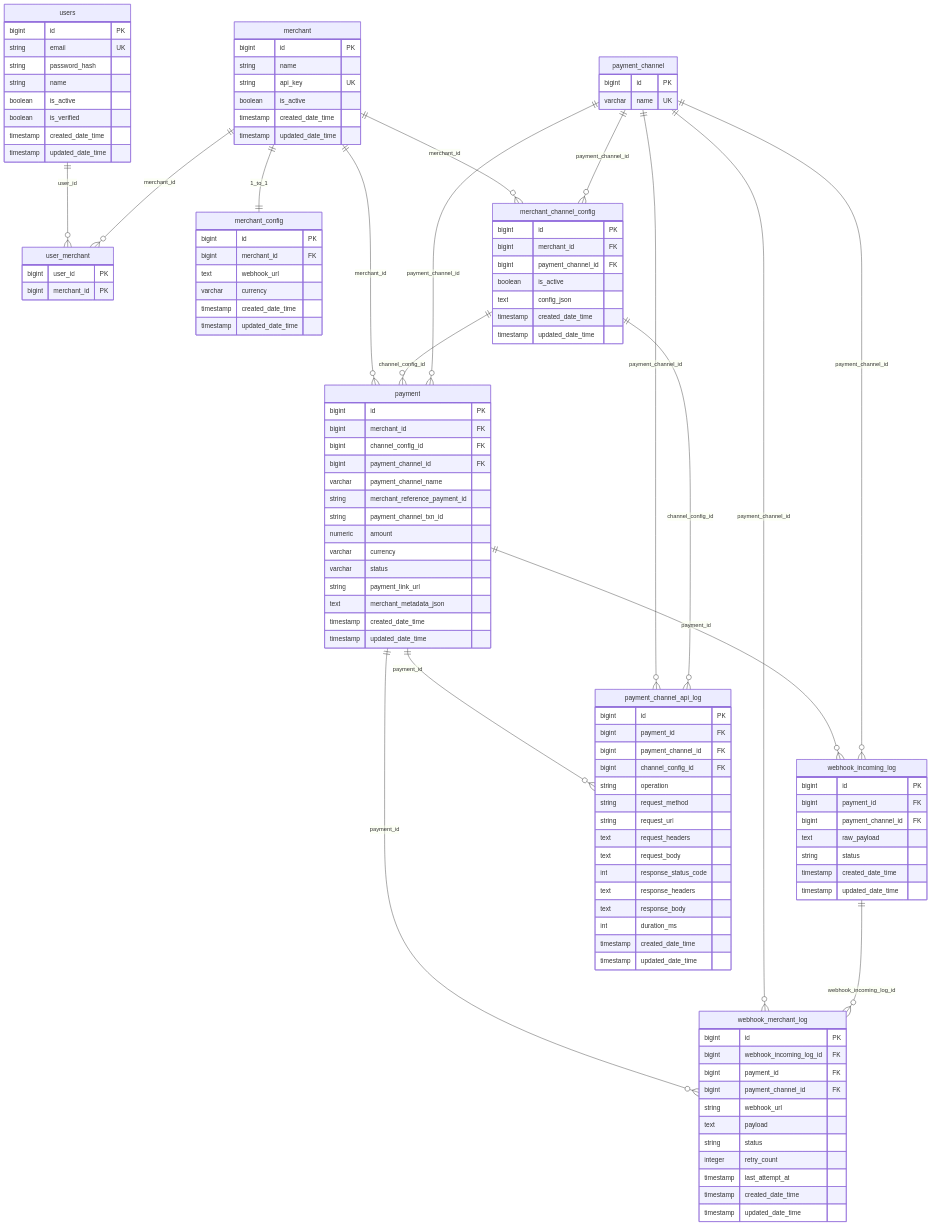
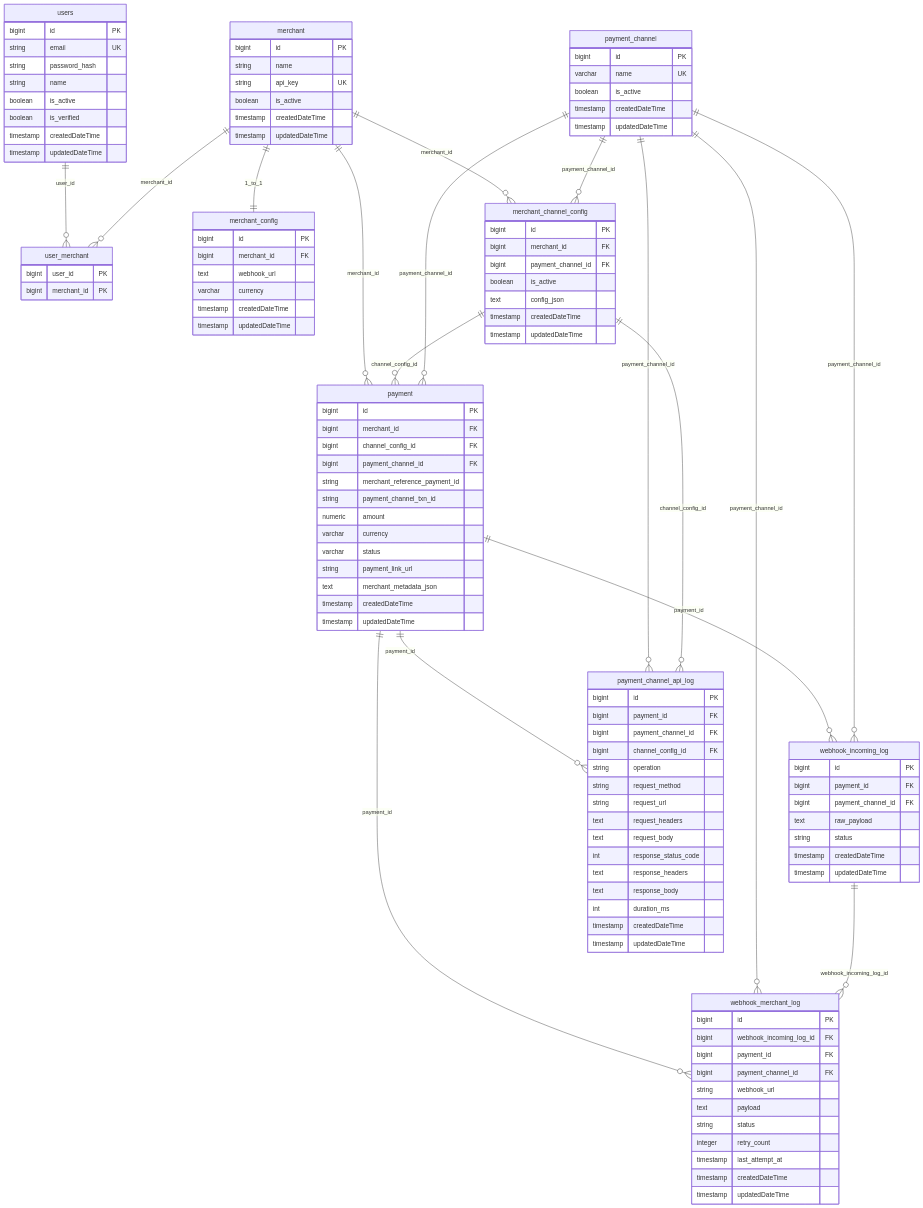
One commit to runalb/digi-payment-gateway changed the second of 2 diagrams in docs/DATABASE.md. Above: the diagram before and after it, drawn with Mermaid. The commit also changed other lines of this file and 4 other files, not shown here.

````diff
--- a/docs/DATABASE.md
+++ b/docs/DATABASE.md
@@ -71,8 +71,8 @@
     string name
     boolean is_active
     boolean is_verified
-    timestamp created_date_time
-    timestamp updated_date_time
+    timestamp createdDateTime
+    timestamp updatedDateTime
   }
 
   merchant {
@@ -80,8 +80,8 @@
     string name
     string api_key UK
     boolean is_active
-    timestamp created_date_time
-    timestamp updated_date_time
+    timestamp createdDateTime
+    timestamp updatedDateTime
   }
 
   user_merchant {
@@ -94,13 +94,16 @@
     bigint merchant_id FK
     text webhook_url
     varchar currency
-    timestamp created_date_time
-    timestamp updated_date_time
+    timestamp createdDateTime
+    timestamp updatedDateTime
   }
 
   payment_channel {
     bigint id PK
     varchar name UK
+    boolean is_active
+    timestamp createdDateTime
+    timestamp updatedDateTime
   }
 
   merchant_channel_config {
@@ -109,8 +112,8 @@
     bigint payment_channel_id FK
     boolean is_active
     text config_json
-    timestamp created_date_time
-    timestamp updated_date_time
+    timestamp createdDateTime
+    timestamp updatedDateTime
   }
 
   payment {
@@ -118,7 +121,6 @@
     bigint merchant_id FK
     bigint channel_config_id FK
     bigint payment_channel_id FK
-    varchar payment_channel_name
     string merchant_reference_payment_id
     string payment_channel_txn_id
     numeric amount
@@ -126,8 +128,8 @@
     varchar status
     string payment_link_url
     text merchant_metadata_json
-    timestamp created_date_time
-    timestamp updated_date_time
+    timestamp createdDateTime
+    timestamp updatedDateTime
   }
 
   webhook_incoming_log {
@@ -136,8 +138,8 @@
     bigint payment_channel_id FK
     text raw_payload
     string status
-    timestamp created_date_time
-    timestamp updated_date_time
+    timestamp createdDateTime
+    timestamp updatedDateTime
   }
 
   webhook_merchant_log {
@@ -150,8 +152,8 @@
     string status
     integer retry_count
     timestamp last_attempt_at
-    timestamp created_date_time
-    timestamp updated_date_time
+    timestamp createdDateTime
+    timestamp updatedDateTime
   }
 
   payment_channel_api_log {
@@ -168,7 +170,7 @@
     text response_headers
     text response_body
     int duration_ms
-    timestamp created_date_time
-    timestamp updated_date_time
+    timestamp createdDateTime
+    timestamp updatedDateTime
   }
 ```
````
